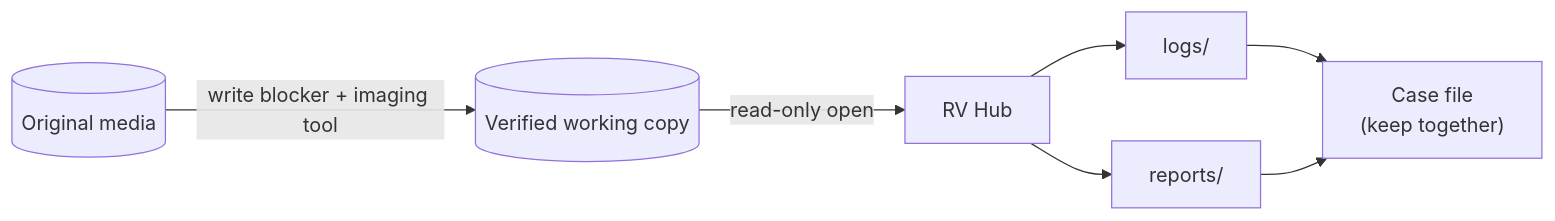
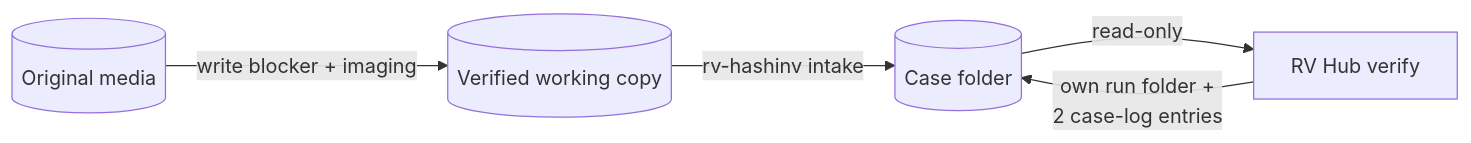
One commit to Panacota96/rv-hub changed the second of 2 diagrams in docs/forensic-audit.md. Above: the diagram before and after it, drawn with Mermaid. The commit also changed other lines of this file and 6 other files, not shown here.

First line of the commit message:
docs: usage, installation, case folder, forensic audit, architecture, CHANGELOG and examples for the hub

````diff
--- a/docs/forensic-audit.md
+++ b/docs/forensic-audit.md
@@ -144,8 +142,7 @@
 ```mermaid
 flowchart LR
-    O[("Original media")] -->|write blocker + imaging tool| C[("Verified working copy")]
-    C -->|read-only open| T["RV Hub"]
-    T --> L["logs/"]
-    T --> R["reports/"]
-    L & R --> K["Case file<br/>(keep together)"]
+    O[("Original media")] -->|write blocker + imaging| C[("Verified working copy")]
+    C -->|rv-hashinv intake| K[("Case folder")]
+    K -->|read-only| H["RV Hub verify"]
+    H -->|own run folder +<br/>2 case-log entries| K
 ```
````
